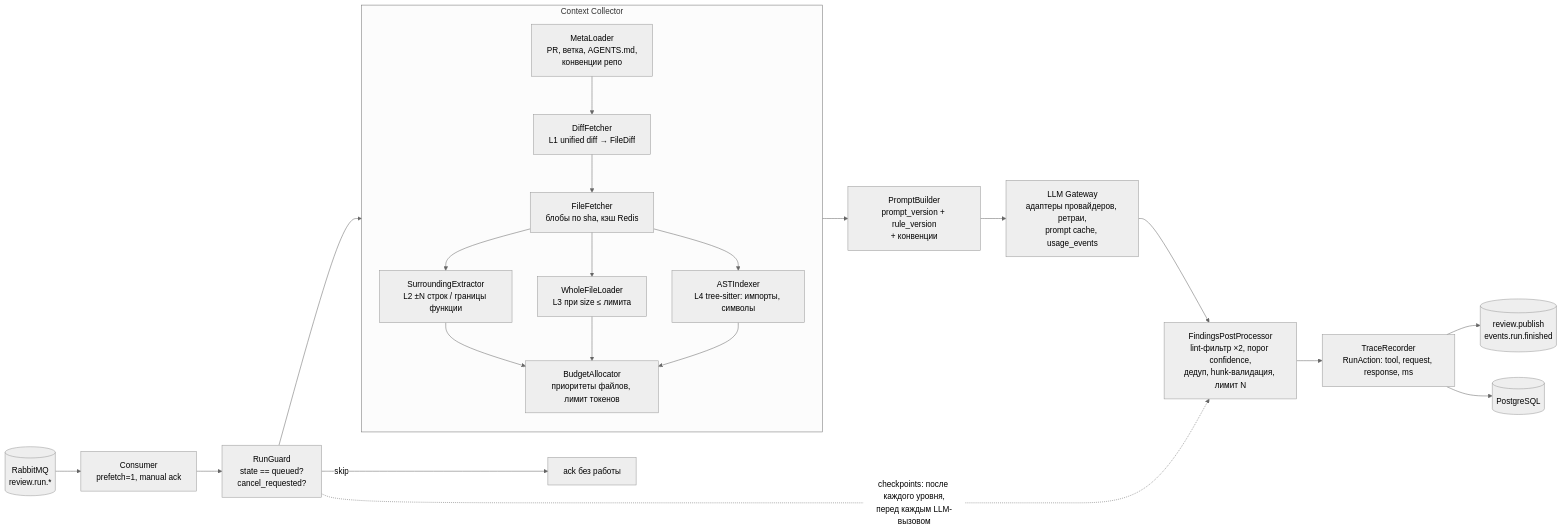
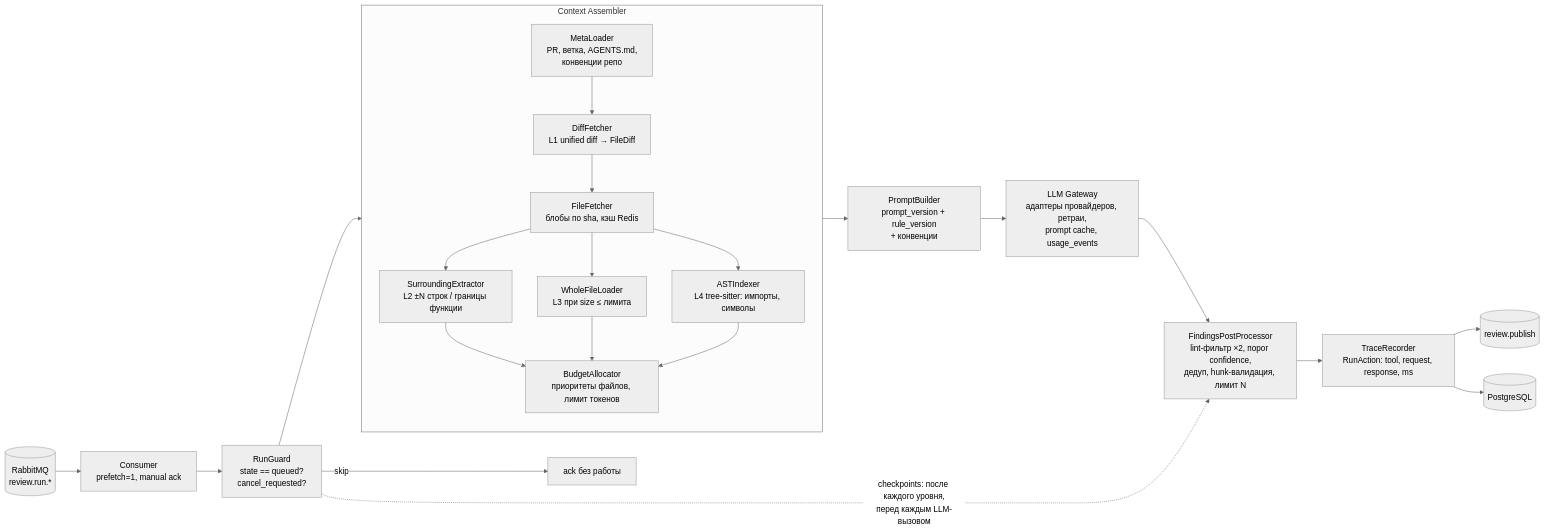
The third of 8 diagrams in docs/SYSTEM_DESIGN.md (larchanka-training/dmc-268-api-t6), drawn with Mermaid (neutral theme) before and after one commit. The commit also changed other lines of this file and 130 other files, not shown here.

````diff
--- a/docs/SYSTEM_DESIGN.md
+++ b/docs/SYSTEM_DESIGN.md
@@ -140,25 +150,25 @@
 ```mermaid
 flowchart LR
   MQ[(RabbitMQ<br/>review.run.*)] --> C[Consumer<br/>prefetch=1, manual ack]
   C --> G[RunGuard<br/>state == queued?<br/>cancel_requested?]
   G -->|skip| ACK[ack без работы]
   G --> CC
 
-  subgraph CC[Context Collector]
+  subgraph CC[Context Assembler]
     direction TB
     M[MetaLoader<br/>PR, ветка, AGENTS.md,<br/>конвенции репо] --> D[DiffFetcher<br/>L1 unified diff → FileDiff]
     D --> F[FileFetcher<br/>блобы по sha, кэш Redis]
     F --> S[SurroundingExtractor<br/>L2 ±N строк / границы функции]
     F --> W[WholeFileLoader<br/>L3 при size ≤ лимита]
     F --> A[ASTIndexer<br/>L4 tree-sitter: импорты, символы]
     S & W & A --> B[BudgetAllocator<br/>приоритеты файлов, лимит токенов]
   end
 
   B --> P[PromptBuilder<br/>prompt_version + rule_version<br/>+ конвенции]
   P --> L[LLM Gateway<br/>адаптеры провайдеров, ретраи,<br/>prompt cache, usage_events]
   L --> PP[FindingsPostProcessor<br/>lint-фильтр ×2, порог confidence,<br/>дедуп, hunk-валидация, лимит N]
   PP --> T[TraceRecorder<br/>RunAction: tool, request, response, ms]
-  T --> OUT[(review.publish<br/>events.run.finished)]
+  T --> OUT[(review.publish)]
   T --> PG[(PostgreSQL)]
   G -.checkpoints: после каждого уровня,<br/>перед каждым LLM-вызовом.-> PP
 ```
````
